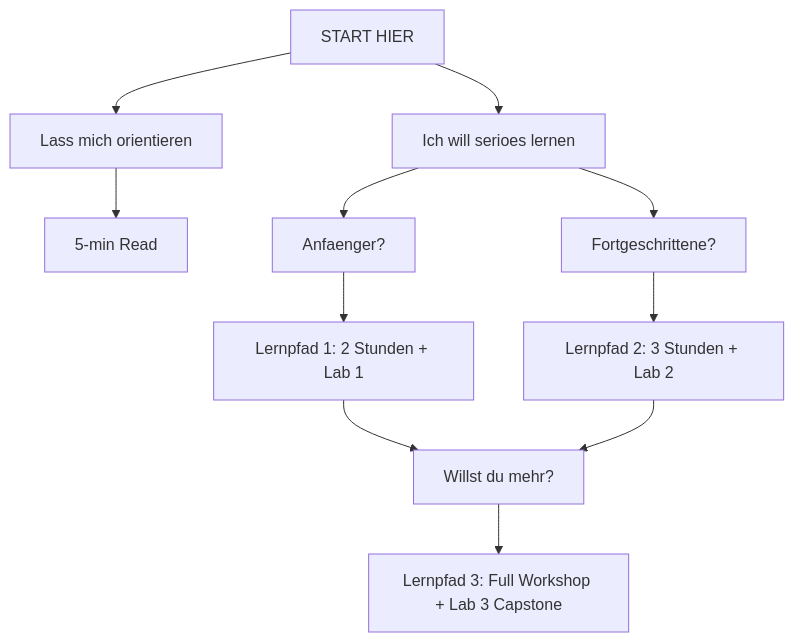
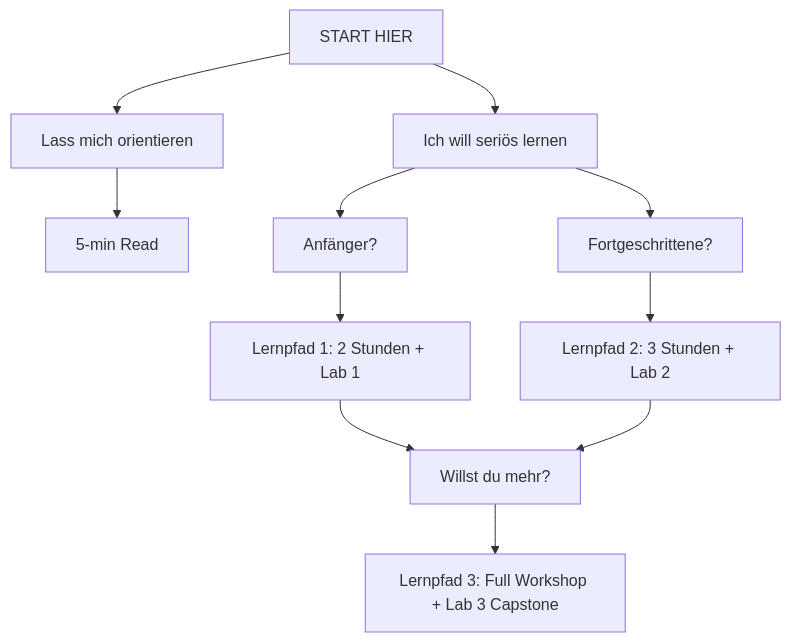
One commit to soenkelange/ai-lab-3-agentic-programming changed the second of 2 diagrams in README.md. Above: the diagram before and after it, drawn with Mermaid. The commit also changed other lines of this file and 31 other files, not shown here.

````diff
--- a/README.md
+++ b/README.md
@@ -367,13 +373,13 @@
 ```mermaid
 flowchart TD
    A[START HIER] --> B[Lass mich orientieren]
-   A --> C[Ich will serioes lernen]
+   A --> C[Ich will seriös lernen]
    B --> D[5-min Read]
-   C --> E[Anfaenger?]
+   C --> E[Anfänger?]
    C --> F[Fortgeschrittene?]
    E --> G[Lernpfad 1: 2 Stunden + Lab 1]
    F --> H[Lernpfad 2: 3 Stunden + Lab 2]
    G --> I[Willst du mehr?]
    H --> I
    I --> J[Lernpfad 3: Full Workshop + Lab 3 Capstone]
 ```
````
